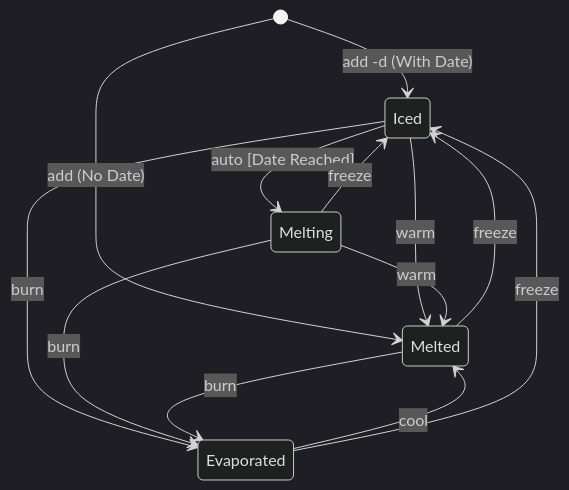
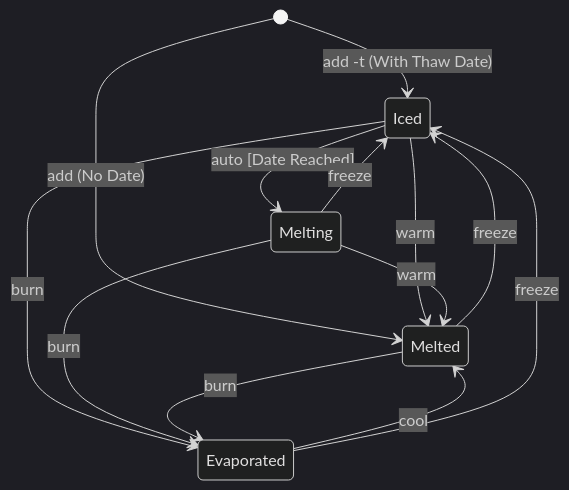
Before and after one commit to x-color/kelvin: the diagram in README.md, drawn with Mermaid (dark theme). The commit also changed other lines of this file and 2 other files, not shown here.

Commit message:
Clarify CLI flags for thaw and due dates
Use -t/--thaw for thaw date and -d/--due for due date

````diff
--- a/README.md
+++ b/README.md
@@ -16,15 +16,15 @@
 ```mermaid
 stateDiagram-v2
-    [*] --> Iced: add -d (With Date)
+    [*] --> Iced: add -t (With Thaw Date)
     [*] --> Melted: add (No Date)
     Iced --> Melting: auto [Date Reached]
     Iced --> Melted: warm
     Melting --> Melted: warm
     Melting --> Iced: freeze
     Melted --> Iced: freeze
     Iced --> Evaporated: burn
     Melting --> Evaporated: burn
     Melted --> Evaporated: burn
     Evaporated --> Melted: cool
     Evaporated --> Iced: freeze
 ```
````
